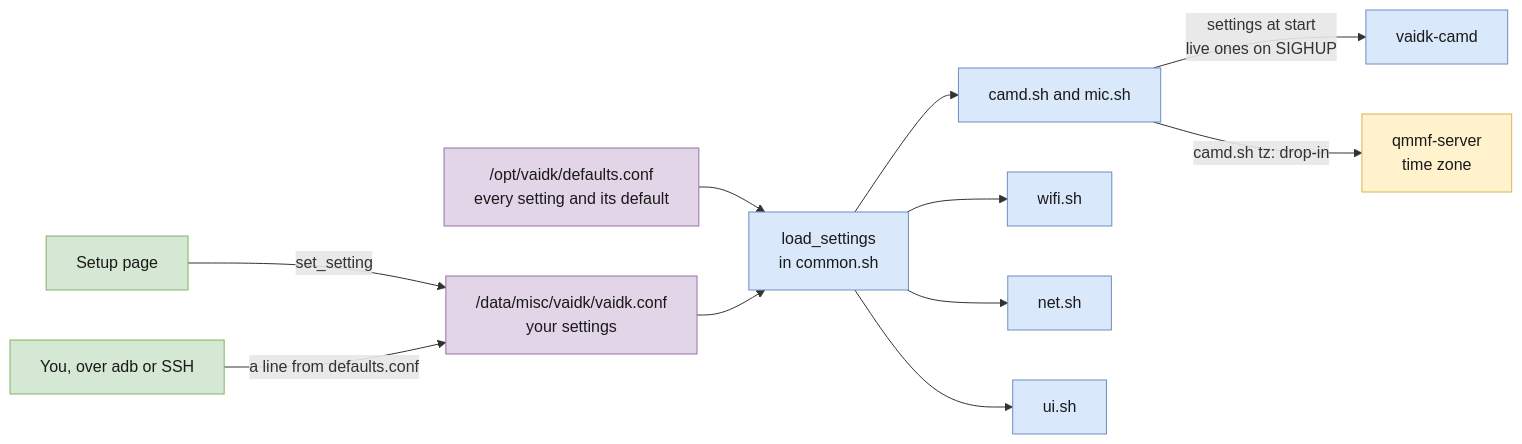
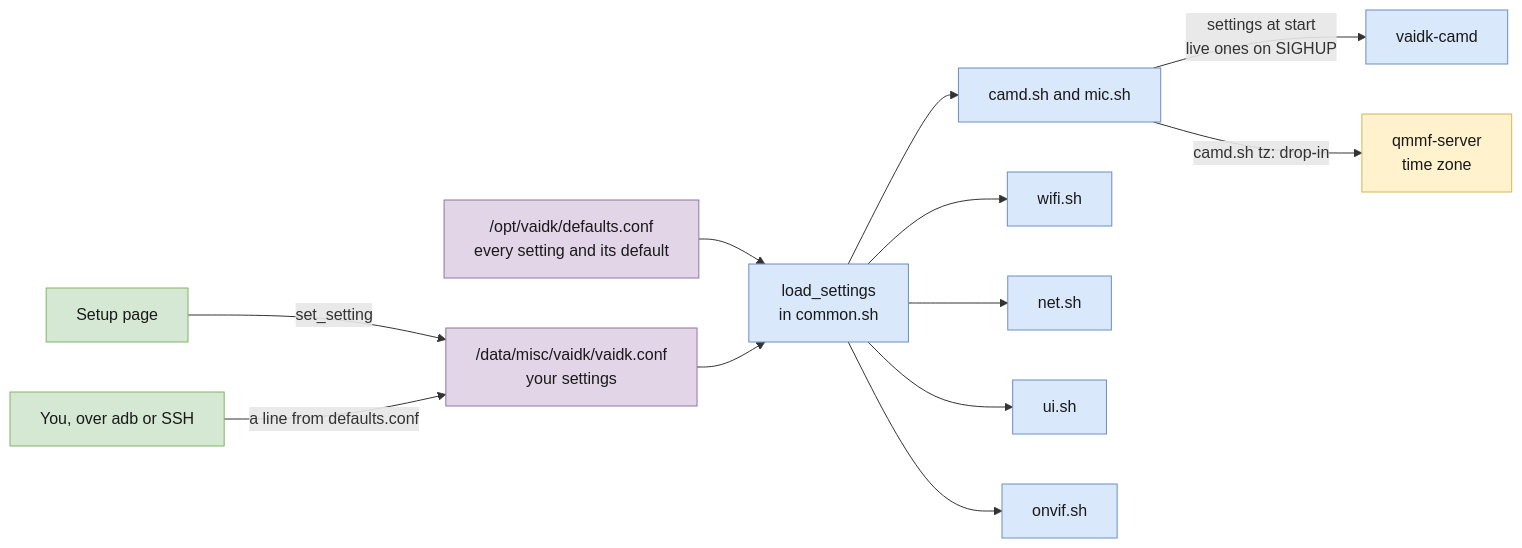
One commit to howardginsburg/VisionAIDevKitRTSP changed the sixth of 9 diagrams in ARCHITECTURE.md. Above: the diagram before and after it, drawn with Mermaid. The commit also changed other lines of this file and 20 other files, not shown here.

````diff
--- a/ARCHITECTURE.md
+++ b/ARCHITECTURE.md
@@ -208,21 +240,22 @@
 ```mermaid
 flowchart LR
     defaults["/opt/vaidk/defaults.conf<br/>every setting and its default"] --> load["load_settings<br/>in common.sh"]
     conf["/data/misc/vaidk/vaidk.conf<br/>your settings"] --> load
     page["Setup page"] -- "set_setting" --> conf
     hand["You, over adb or SSH"] -- "a line from defaults.conf" --> conf
     load --> camd["camd.sh and mic.sh"]
     load --> wifi["wifi.sh"]
     load --> net["net.sh"]
     load --> ui["ui.sh"]
+    load --> onvif["onvif.sh"]
     camd -- "settings at start<br/>live ones on SIGHUP" --> prog["vaidk-camd"]
     camd -- "camd.sh tz: drop-in" --> qmmf["qmmf-server<br/>time zone"]
     classDef use fill:#d5e8d4,stroke:#82b366,color:#1a1a1a
     classDef data fill:#e1d5e7,stroke:#9673a6,color:#1a1a1a
     classDef mod fill:#dae8fc,stroke:#6c8ebf,color:#1a1a1a
     classDef os fill:#fff2cc,stroke:#d6b656,color:#1a1a1a
     class page,hand use
     class defaults,conf data
-    class load,camd,wifi,net,ui,prog mod
+    class load,camd,wifi,net,ui,onvif,prog mod
     class qmmf os
 ```
````
